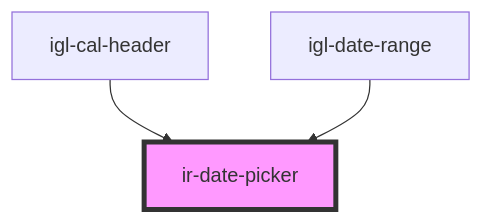
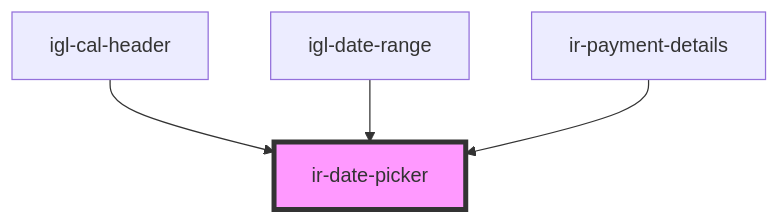
The diagram in src/components/ir-date-picker/readme.md (David1Chowaifaty/modified-ir-webcmp), drawn with Mermaid before and after one commit. The commit also changed other lines of this file and 11 other files, not shown here.

````diff
--- a/src/components/ir-date-picker/readme.md
+++ b/src/components/ir-date-picker/readme.md
@@ -48,6 +49,7 @@
 ```mermaid
 graph TD;
   igl-cal-header --> ir-date-picker
   igl-date-range --> ir-date-picker
+  ir-payment-details --> ir-date-picker
   style ir-date-picker fill:#f9f,stroke:#333,stroke-width:4px
 ```
````
